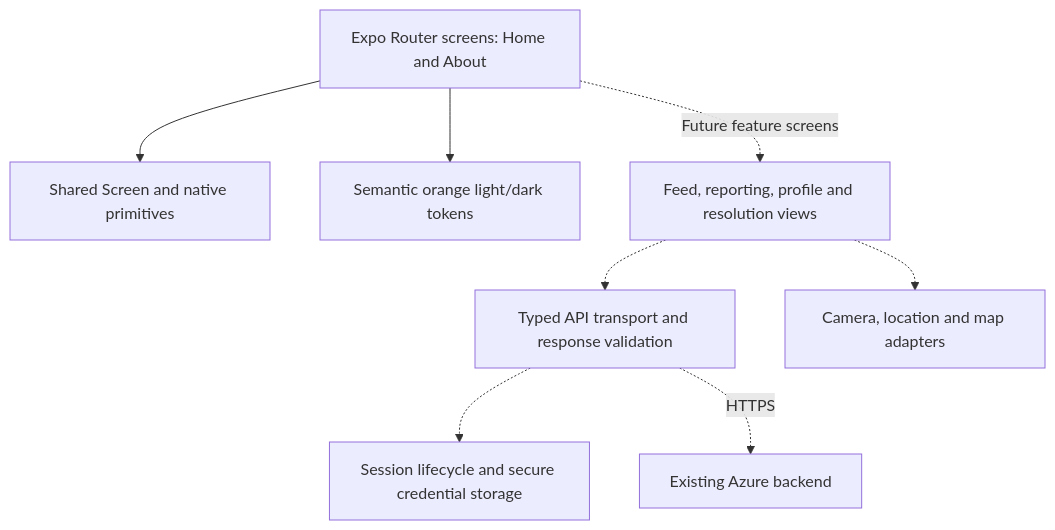
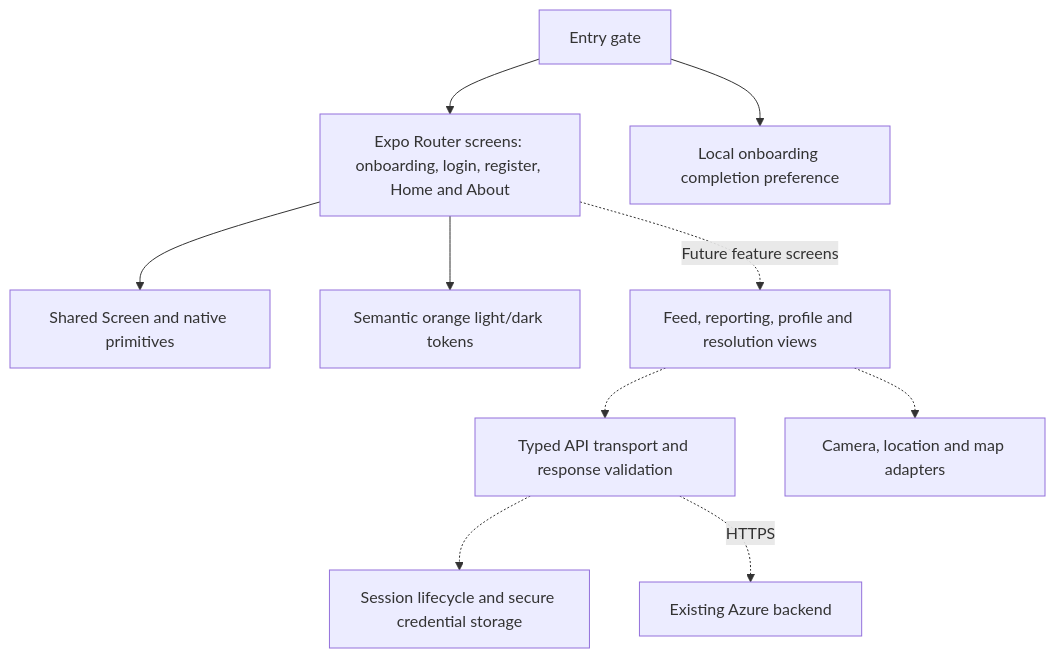
The second of 3 diagrams in docs/ARCHITECTURE.md (Auvryy/surios-ai-app), drawn with Mermaid before and after one commit. The commit also changed other lines of this file and 2 other files, not shown here.

Commit message:
docs: describe onboarding and mobile architecture

````diff
--- a/docs/ARCHITECTURE.md
+++ b/docs/ARCHITECTURE.md
@@ -67,10 +73,12 @@
 ```mermaid
 flowchart TD
-    Routes[Expo Router screens: Home and About] --> UI[Shared Screen and native primitives]
+    Routes[Expo Router screens: onboarding, login, register, Home and About] --> UI[Shared Screen and native primitives]
     Routes --> Theme[Semantic orange light/dark tokens]
+    Entry[Entry gate] --> Preferences[Local onboarding completion preference]
+    Entry --> Routes
     Routes -. Future feature screens .-> Features[Feed, reporting, profile and resolution views]
     Features -.-> API[Typed API transport and response validation]
     Features -.-> Device[Camera, location and map adapters]
     API -.-> Session[Session lifecycle and secure credential storage]
     API -. HTTPS .-> Backend[Existing Azure backend]
 ```
````
